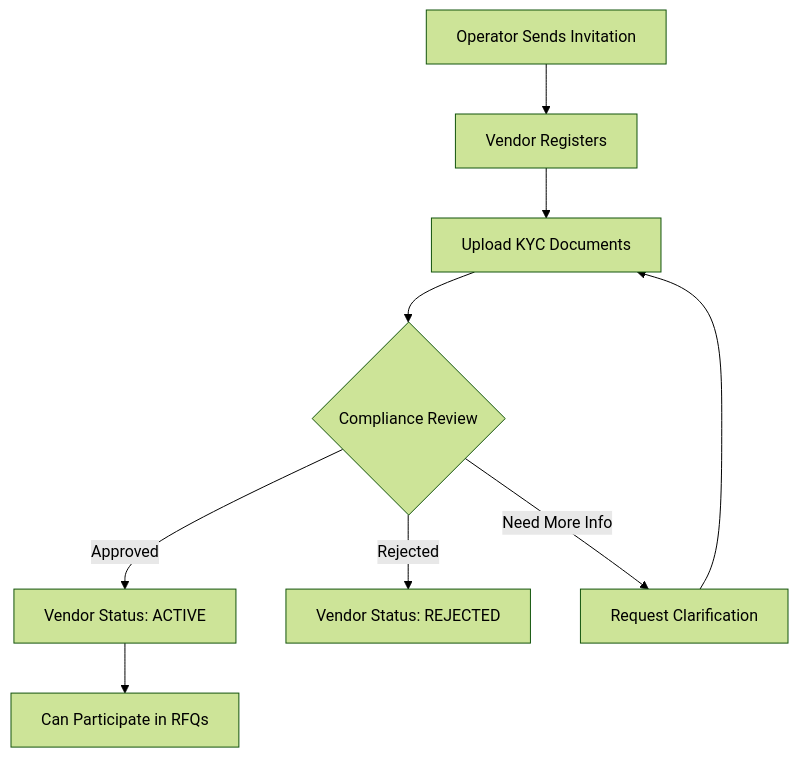
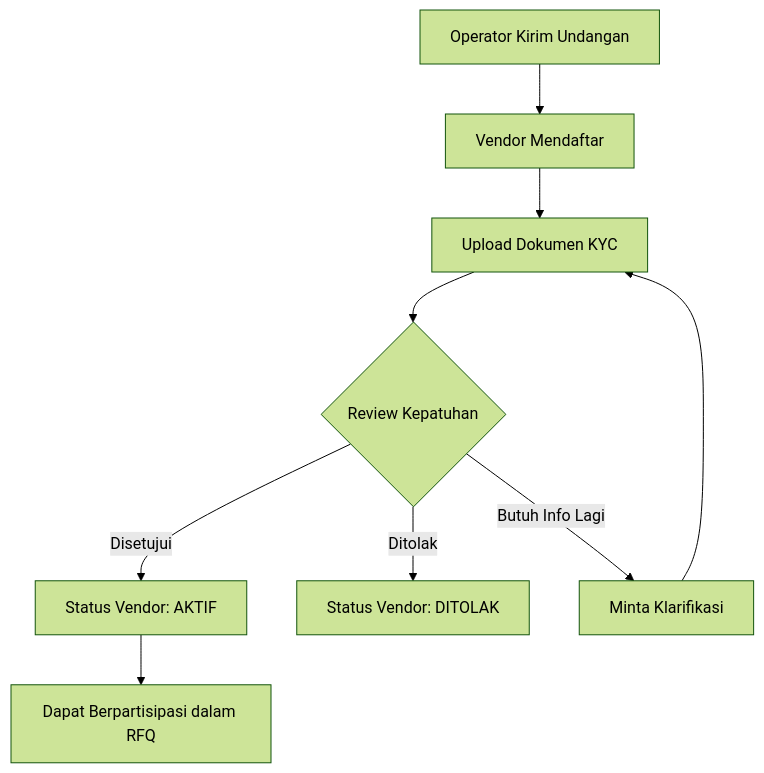
The third of 13 diagrams in system_design/BUSINESS_PROCESS_MODEL.md (Vencore-erp/documentation), drawn with Mermaid (forest theme) before and after one commit. The commit also changed other lines of this file and 16 other files, not shown here.

````diff
--- a/system_design/BUSINESS_PROCESS_MODEL.md
+++ b/system_design/BUSINESS_PROCESS_MODEL.md
@@ -137,11 +137,11 @@
 ```mermaid
 flowchart TD
-    A[Operator Sends Invitation] --> B[Vendor Registers]
-    B --> C[Upload KYC Documents]
-    C --> D{Compliance Review}
-    D -->|Approved| E[Vendor Status: ACTIVE]
-    D -->|Rejected| F[Vendor Status: REJECTED]
-    D -->|Need More Info| G[Request Clarification]
+    A[Operator Kirim Undangan] --> B[Vendor Mendaftar]
+    B --> C[Upload Dokumen KYC]
+    C --> D{Review Kepatuhan}
+    D -->|Disetujui| E[Status Vendor: AKTIF]
+    D -->|Ditolak| F[Status Vendor: DITOLAK]
+    D -->|Butuh Info Lagi| G[Minta Klarifikasi]
     G --> C
-    E --> H[Can Participate in RFQs]
+    E --> H[Dapat Berpartisipasi dalam RFQ]
 ```
````
